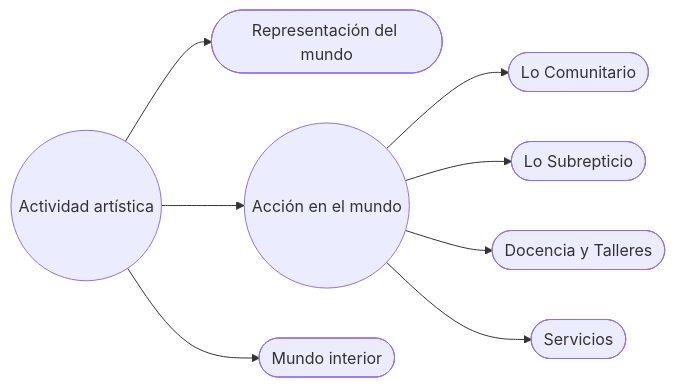
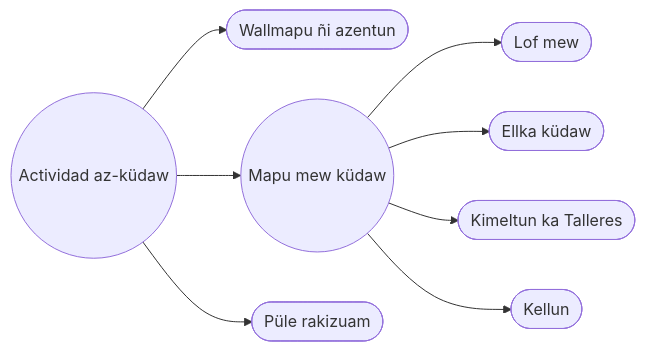
The diagram in MPD/accion.md (EGGS-Artesvisuales/EGGS-Artesvisuales.github.io), drawn with Mermaid before and after one commit. The commit also changed other lines of this file and 43 other files, not shown here.

```diff
--- a/MPD/accion.md
+++ b/MPD/accion.md
@@ -15,22 +15,22 @@
 <div class="mermaid">
 flowchart LR
-  A((Actividad artística)) --> B([Representación del mundo])
-  A --> C((Acción en el mundo))
-  A --> D([Mundo interior])
+  A((Actividad az-küdaw)) --> B([Wallmapu ñi azentun])
+  A --> C((Mapu mew küdaw))
+  A --> D([Püle rakizuam])
 
-  C --> C1([Lo Comunitario])
-  C --> C2([Lo Subrepticio])
-  C --> C3([Docencia y Talleres])
-  C --> C4([Servicios])
+  C --> C1([Lof mew])
+  C --> C2([Ellka küdaw])
+  C --> C3([Kimeltun ka Talleres])
+  C --> C4([Kellun])
 
   %% Clicks (todos los nodos clickeables)
-  click A "/MPD/index.html" "Ir a Actividad artística"
-  click B "/MPD/mundo-exterior.html" "Ir a Representación del mundo"
-  click C "/MPD/accion.html" "Ir a Acción en el mundo"
-  click D "/MPD/interior.html" "Ir a Mundo interior"
+  click A "/MPD/index.html" "Ir a Actividad az-küdaw"
+  click B "/MPD/mundo-exterior.html" "Ir a Wallmapu ñi azentun"
+  click C "/MPD/accion.html" "Ir a Mapu mew küdaw"
+  click D "/MPD/interior.html" "Ir a Püle rakizuam"
 
-  click C1 "/MPD/comunitario.html" "Ir a Lo Comunitario"
-  click C2 "/MPD/subrepticio.html" "Ir a Lo Subrepticio"
-  click C3 "/MPD/docencia.html" "Ir a Docencia y Talleres"
-  click C4 "/MPD/servicios.html" "Ir a Servicios"
+  click C1 "/MPD/comunitario.html" "Ir a Lof mew"
+  click C2 "/MPD/subrepticio.html" "Ir a Ellka küdaw"
+  click C3 "/MPD/docencia.html" "Ir a Kimeltun ka Talleres"
+  click C4 "/MPD/servicios.html" "Ir a Kellun"
 </div>
```
